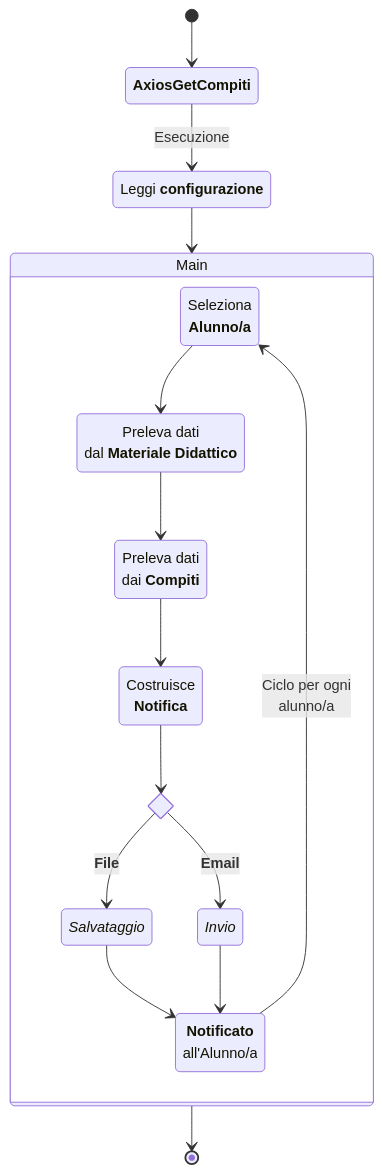
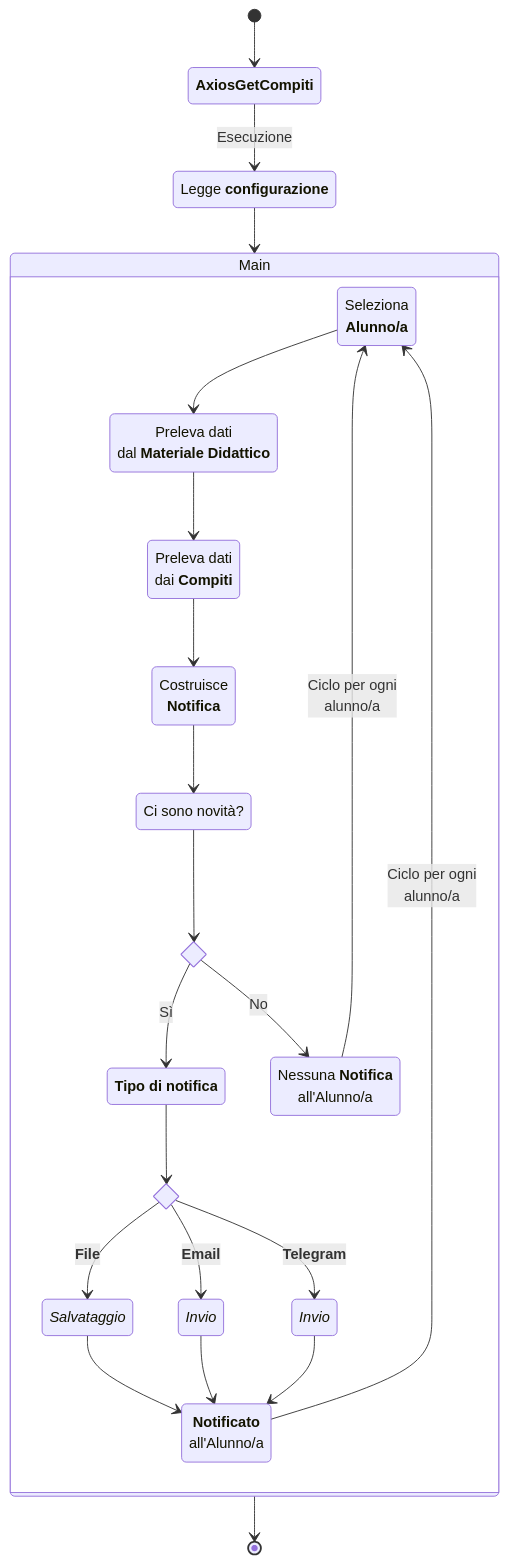
The first of 2 diagrams in docs/AxiosGet_funzionamento.md (robyquin/axios-get), drawn with Mermaid before and after one commit. The commit also changed other lines of this file, not shown here.

````diff
--- a/docs/AxiosGet_funzionamento.md
+++ b/docs/AxiosGet_funzionamento.md
@@ -7,33 +25,45 @@
 ```mermaid
 stateDiagram
     MR: Main
-    C: Leggi <b>configurazione</b>
+    C: Legge <b>configurazione</b>
     AGC: <b>AxiosGetCompiti</b>
     SAlunno: Seleziona<br><b>Alunno/a</b>
     GMD: Preleva dati<br>dal <b>Materiale Didattico</b>
     GRF: Preleva dati<br>dai <b>Compiti</b>
     Nfile: <i>Salvataggio</i>
     Nemail: <i>Invio</i>
+    Ntelegram: <i>Invio</i>
     BNotifica: Costruisce<br><b>Notifica</b>
     Notificato: <b>Notificato</b><br>all'Alunno/a
+    NessunaNotifica: Nessuna <b>Notifica</b><br>all'Alunno/a
+    News: Ci sono novità?
+    TypeNotify: <b>Tipo di notifica</b>
     state if_state_notifica <<choice>>
+    state if_news <<choice>>
 
     [*] --> AGC
     AGC --> C : Esecuzione
     C --> MR
     state MR {
         SAlunno --> GMD
         GMD --> GRF
         GRF --> BNotifica
-        BNotifica --> if_state_notifica
+        BNotifica --> News
+        News --> if_news
+        if_news --> TypeNotify : Sì
+        if_news --> NessunaNotifica : No
+        TypeNotify --> if_state_notifica
         if_state_notifica --> Nfile : <b>File</b>
         if_state_notifica --> Nemail : <b>Email</b>
+        if_state_notifica --> Ntelegram : <b>Telegram</b>
 
         Nfile --> Notificato
         Nemail --> Notificato
+        Ntelegram --> Notificato
 
         Notificato --> SAlunno : Ciclo per ogni<br>alunno/a
+        NessunaNotifica --> SAlunno : Ciclo per ogni<br>alunno/a
     }
     MR --> [*]
     
 ```
````
